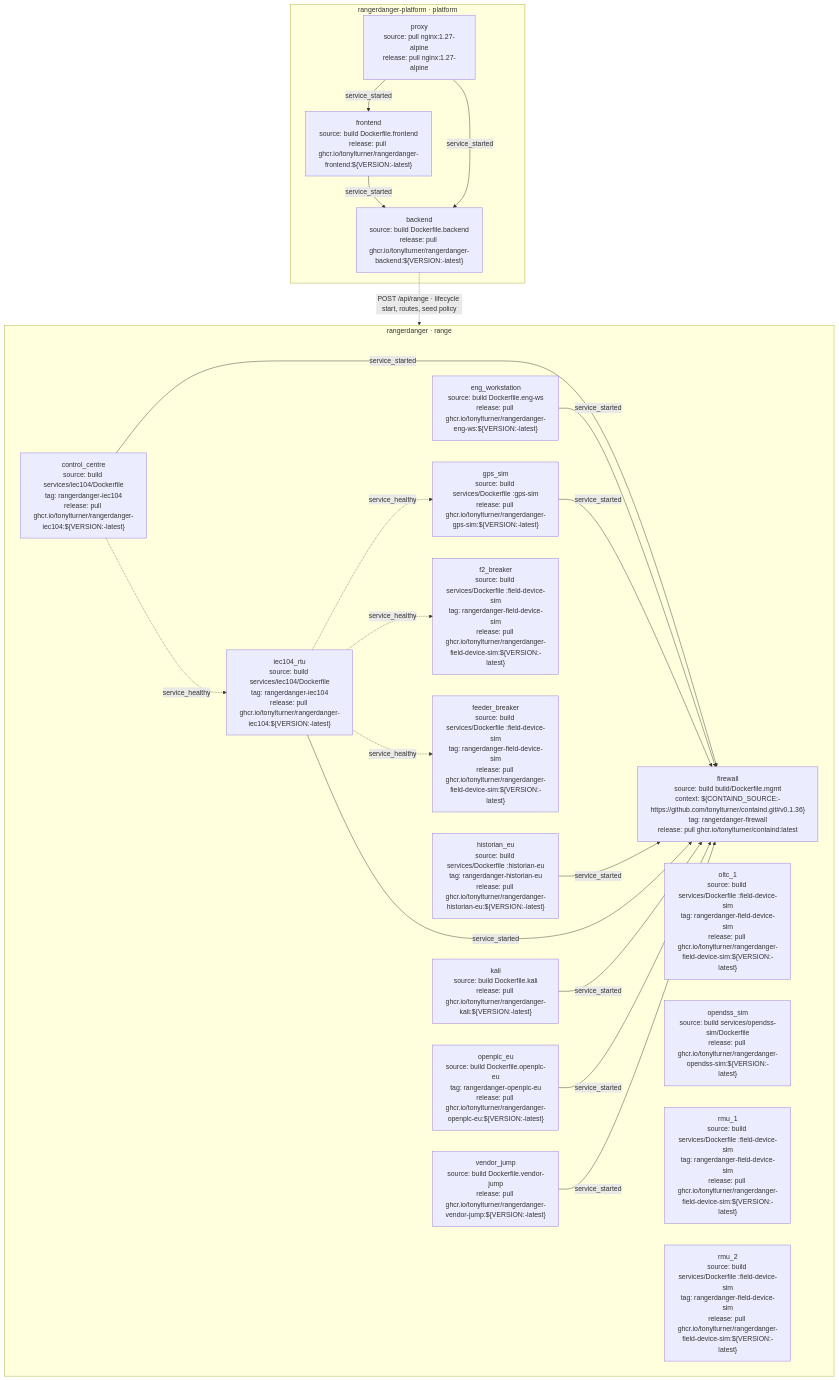
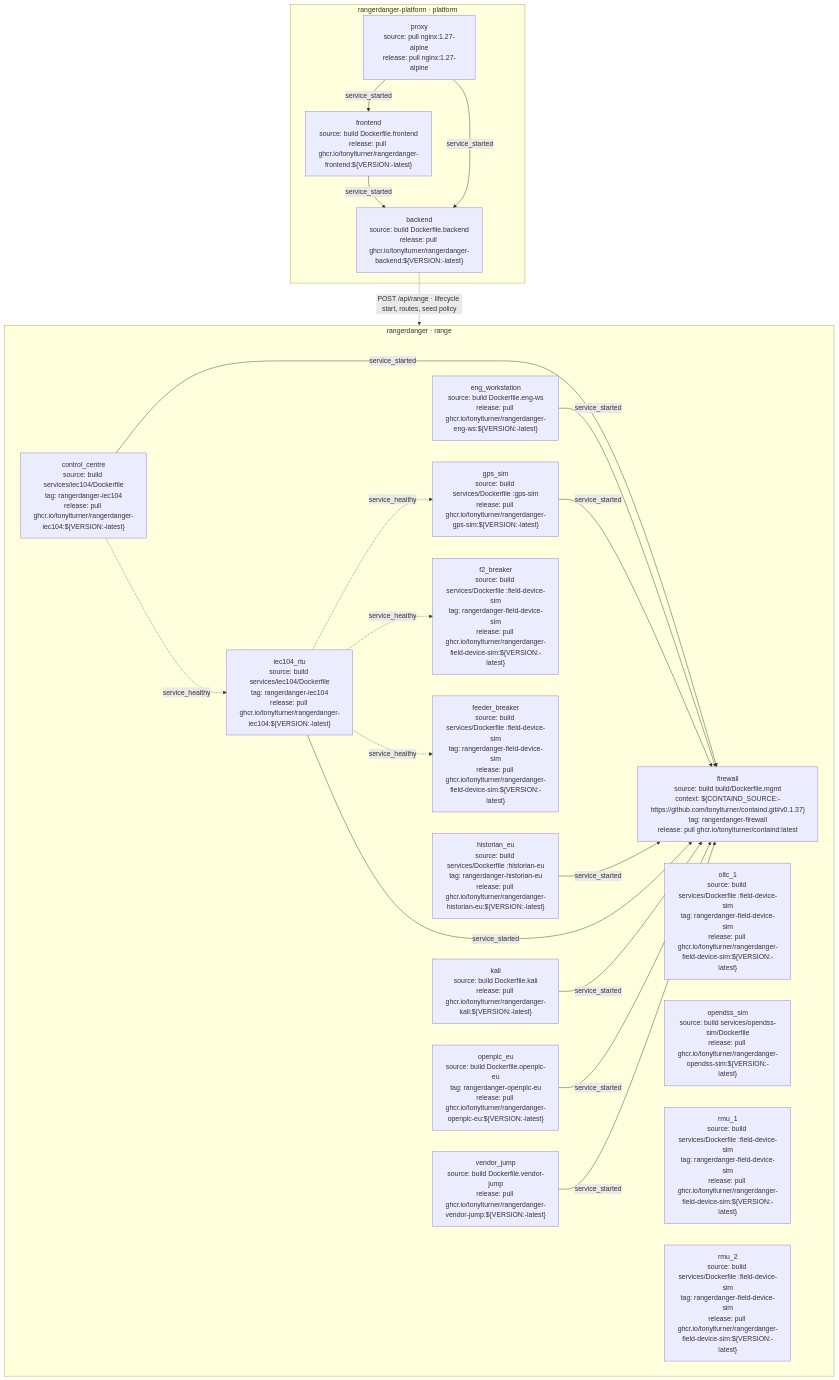
The second of 5 diagrams in docs/architecture-diagram.md (tonylturner/rangerdanger), drawn with Mermaid before and after one commit. The commit also changed other lines of this file and 1 other file, not shown here.

Commit message:
docs: record containd 0.1.37 adoption and regenerate architecture

````diff
--- a/docs/architecture-diagram.md
+++ b/docs/architecture-diagram.md
@@ -110,42 +110,42 @@
 ```mermaid
 flowchart TB
     subgraph n_eu_platform_fd8dd80811["rangerdanger-platform · platform"]
     n_eu_compose_backend_15fec7ecc7["backend<br/>source: build Dockerfile.backend<br/>release: pull ghcr.io/tonylturner/rangerdanger-backend:$#123;VERSION:-latest#125;"]
     n_eu_compose_frontend_3119788b25["frontend<br/>source: build Dockerfile.frontend<br/>release: pull ghcr.io/tonylturner/rangerdanger-frontend:$#123;VERSION:-latest#125;"]
     n_eu_compose_proxy_6dbc4a1028["proxy<br/>source: pull nginx:1.27-alpine<br/>release: pull nginx:1.27-alpine"]
     end
     n_eu_compose_frontend_3119788b25 -->|"service_started"| n_eu_compose_backend_15fec7ecc7
     n_eu_compose_proxy_6dbc4a1028 -->|"service_started"| n_eu_compose_backend_15fec7ecc7
     n_eu_compose_proxy_6dbc4a1028 -->|"service_started"| n_eu_compose_frontend_3119788b25
     subgraph n_eu_range_4e5f6bbc70["rangerdanger · range"]
     n_eu_compose_control_centre_4b800d8c10["control_centre<br/>source: build services/iec104/Dockerfile<br/>tag: rangerdanger-iec104<br/>release: pull ghcr.io/tonylturner/rangerdanger-iec104:$#123;VERSION:-latest#125;"]
     n_eu_compose_eng_workstation_2d3e74513d["eng_workstation<br/>source: build Dockerfile.eng-ws<br/>release: pull ghcr.io/tonylturner/rangerdanger-eng-ws:$#123;VERSION:-latest#125;"]
     n_eu_compose_f2_breaker_a576e4b257["f2_breaker<br/>source: build services/Dockerfile :field-device-sim<br/>tag: rangerdanger-field-device-sim<br/>release: pull ghcr.io/tonylturner/rangerdanger-field-device-sim:$#123;VERSION:-latest#125;"]
     n_eu_compose_feeder_breaker_7919f5a15f["feeder_breaker<br/>source: build services/Dockerfile :field-device-sim<br/>tag: rangerdanger-field-device-sim<br/>release: pull ghcr.io/tonylturner/rangerdanger-field-device-sim:$#123;VERSION:-latest#125;"]
-    n_eu_compose_firewall_9a9136ac1f["firewall<br/>source: build build/Dockerfile.mgmt<br/>context: $#123;CONTAIND_SOURCE:-https://github.com/tonylturner/containd.git#35;v0.1.36#125;<br/>tag: rangerdanger-firewall<br/>release: pull ghcr.io/tonylturner/containd:latest"]
+    n_eu_compose_firewall_9a9136ac1f["firewall<br/>source: build build/Dockerfile.mgmt<br/>context: $#123;CONTAIND_SOURCE:-https://github.com/tonylturner/containd.git#35;v0.1.37#125;<br/>tag: rangerdanger-firewall<br/>release: pull ghcr.io/tonylturner/containd:latest"]
     n_eu_compose_gps_sim_357317717a["gps_sim<br/>source: build services/Dockerfile :gps-sim<br/>release: pull ghcr.io/tonylturner/rangerdanger-gps-sim:$#123;VERSION:-latest#125;"]
     n_eu_compose_historian_eu_fdd66ce275["historian_eu<br/>source: build services/Dockerfile :historian-eu<br/>tag: rangerdanger-historian-eu<br/>release: pull ghcr.io/tonylturner/rangerdanger-historian-eu:$#123;VERSION:-latest#125;"]
     n_eu_compose_iec104_rtu_40cbbf549c["iec104_rtu<br/>source: build services/iec104/Dockerfile<br/>tag: rangerdanger-iec104<br/>release: pull ghcr.io/tonylturner/rangerdanger-iec104:$#123;VERSION:-latest#125;"]
     n_eu_compose_kali_cb199e11ae["kali<br/>source: build Dockerfile.kali<br/>release: pull ghcr.io/tonylturner/rangerdanger-kali:$#123;VERSION:-latest#125;"]
     n_eu_compose_oltc_1_be0f8efbee["oltc_1<br/>source: build services/Dockerfile :field-device-sim<br/>tag: rangerdanger-field-device-sim<br/>release: pull ghcr.io/tonylturner/rangerdanger-field-device-sim:$#123;VERSION:-latest#125;"]
     n_eu_compose_opendss_sim_4ddd9e0ab2["opendss_sim<br/>source: build services/opendss-sim/Dockerfile<br/>release: pull ghcr.io/tonylturner/rangerdanger-opendss-sim:$#123;VERSION:-latest#125;"]
     n_eu_compose_openplc_eu_b64c46df45["openplc_eu<br/>source: build Dockerfile.openplc-eu<br/>tag: rangerdanger-openplc-eu<br/>release: pull ghcr.io/tonylturner/rangerdanger-openplc-eu:$#123;VERSION:-latest#125;"]
     n_eu_compose_rmu_1_64eef69bd4["rmu_1<br/>source: build services/Dockerfile :field-device-sim<br/>tag: rangerdanger-field-device-sim<br/>release: pull ghcr.io/tonylturner/rangerdanger-field-device-sim:$#123;VERSION:-latest#125;"]
     n_eu_compose_rmu_2_0de5e31782["rmu_2<br/>source: build services/Dockerfile :field-device-sim<br/>tag: rangerdanger-field-device-sim<br/>release: pull ghcr.io/tonylturner/rangerdanger-field-device-sim:$#123;VERSION:-latest#125;"]
     n_eu_compose_vendor_jump_5f57da0a38["vendor_jump<br/>source: build Dockerfile.vendor-jump<br/>release: pull ghcr.io/tonylturner/rangerdanger-vendor-jump:$#123;VERSION:-latest#125;"]
     end
     n_eu_compose_control_centre_4b800d8c10 -->|"service_started"| n_eu_compose_firewall_9a9136ac1f
     n_eu_compose_control_centre_4b800d8c10 -.->|"service_healthy"| n_eu_compose_iec104_rtu_40cbbf549c
     n_eu_compose_eng_workstation_2d3e74513d -->|"service_started"| n_eu_compose_firewall_9a9136ac1f
     n_eu_compose_gps_sim_357317717a -->|"service_started"| n_eu_compose_firewall_9a9136ac1f
     n_eu_compose_historian_eu_fdd66ce275 -->|"service_started"| n_eu_compose_firewall_9a9136ac1f
     n_eu_compose_iec104_rtu_40cbbf549c -.->|"service_healthy"| n_eu_compose_f2_breaker_a576e4b257
     n_eu_compose_iec104_rtu_40cbbf549c -.->|"service_healthy"| n_eu_compose_feeder_breaker_7919f5a15f
     n_eu_compose_iec104_rtu_40cbbf549c -->|"service_started"| n_eu_compose_firewall_9a9136ac1f
     n_eu_compose_iec104_rtu_40cbbf549c -.->|"service_healthy"| n_eu_compose_gps_sim_357317717a
     n_eu_compose_kali_cb199e11ae -->|"service_started"| n_eu_compose_firewall_9a9136ac1f
     n_eu_compose_openplc_eu_b64c46df45 -->|"service_started"| n_eu_compose_firewall_9a9136ac1f
     n_eu_compose_vendor_jump_5f57da0a38 -->|"service_started"| n_eu_compose_firewall_9a9136ac1f
     %% source: backend/internal/lifecycle/transition.go:157
     n_eu_compose_backend_15fec7ecc7 -.->|"POST /api/range · lifecycle start, routes, seed policy"| n_eu_range_4e5f6bbc70
 ```
````
